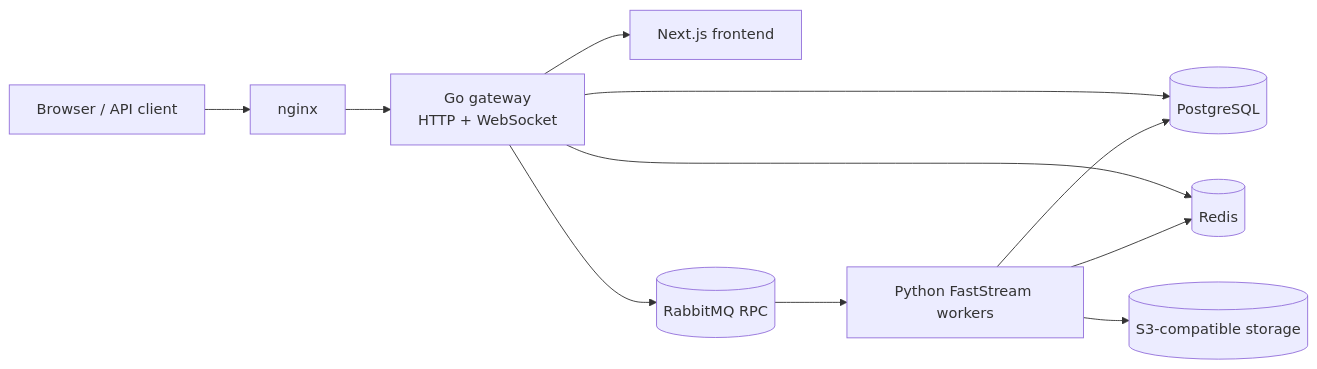
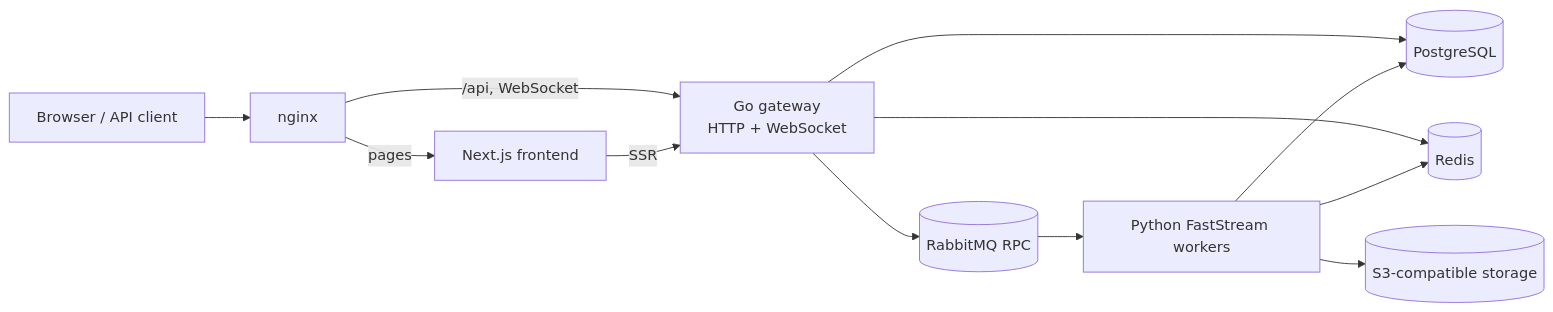
The diagram in data/readmes/CraazzzyyFoxx__overwatch-tournaments.md (zqf20096327/dbhub_collect), drawn with Mermaid before and after one commit. The commit also changed other lines of this file and 402 other files, not shown here.

````diff
--- a/data/readmes/CraazzzyyFoxx__overwatch-tournaments.md
+++ b/data/readmes/CraazzzyyFoxx__overwatch-tournaments.md
@@ -44,13 +44,14 @@
 ```mermaid
 flowchart LR
     Client[Browser / API client] --> Nginx[nginx]
-    Nginx --> Gateway[Go gateway\nHTTP + WebSocket]
-    Gateway --> Frontend[Next.js frontend]
+    Nginx -- "/api, WebSocket" --> Gateway[Go gateway\nHTTP + WebSocket]
+    Nginx -- "pages" --> Frontend[Next.js frontend]
+    Frontend -- "SSR" --> Gateway
     Gateway --> RabbitMQ[(RabbitMQ RPC)]
     RabbitMQ --> Workers[Python FastStream workers]
     Gateway --> PostgreSQL[(PostgreSQL)]
     Gateway --> Redis[(Redis)]
     Workers --> PostgreSQL
     Workers --> Redis
     Workers --> Storage[(S3-compatible storage)]
 ```
````
